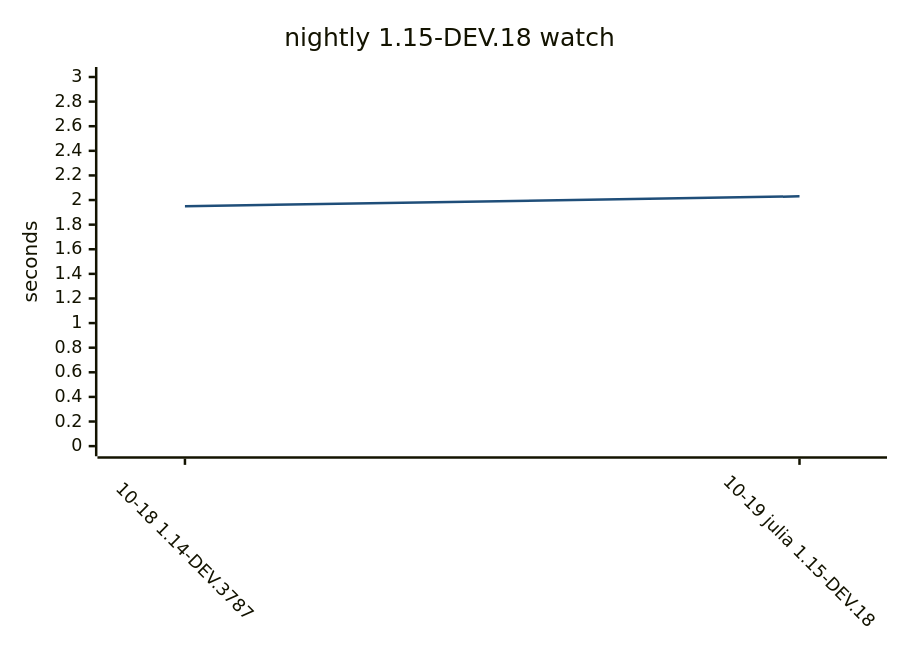
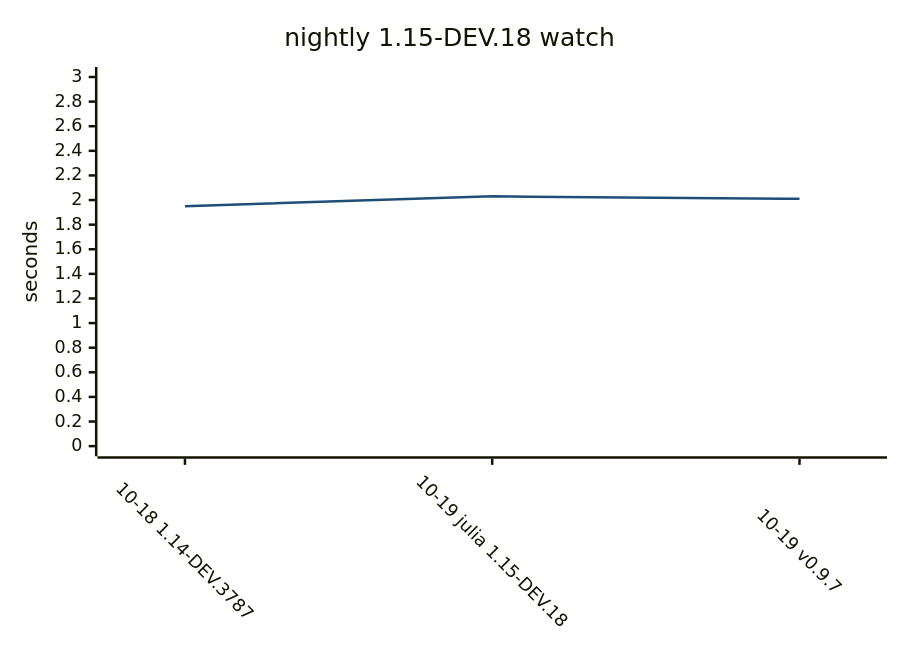
One commit to yamanori99/DistSSHQueue.jl changed diagram 14 of 15 in README.md. Above: the diagram before and after it, drawn with Mermaid. The commit also changed other lines of this file and 1 other file, not shown here.

````diff
--- a/README.md
+++ b/README.md
@@ -483,17 +481,17 @@
 ```mermaid
 ---
 config:
   theme: base
   themeVariables:
     xyChart:
       plotColorPalette: "#1f4e79"
   xyChart:
     xAxis:
       labelRotation: 45
 ---
 xychart-beta
     title "nightly 1.15-DEV.18 watch"
-    x-axis ["10-18 1.14-DEV.3787", "10-19 julia 1.15-DEV.18"]
+    x-axis ["10-18 1.14-DEV.3787", "10-19 julia 1.15-DEV.18", "10-19 v0.9.7"]
     y-axis "seconds" 0 --> 3
-    line [1.95, 2.03]
+    line [1.95, 2.03, 2.01]
 ```
````
